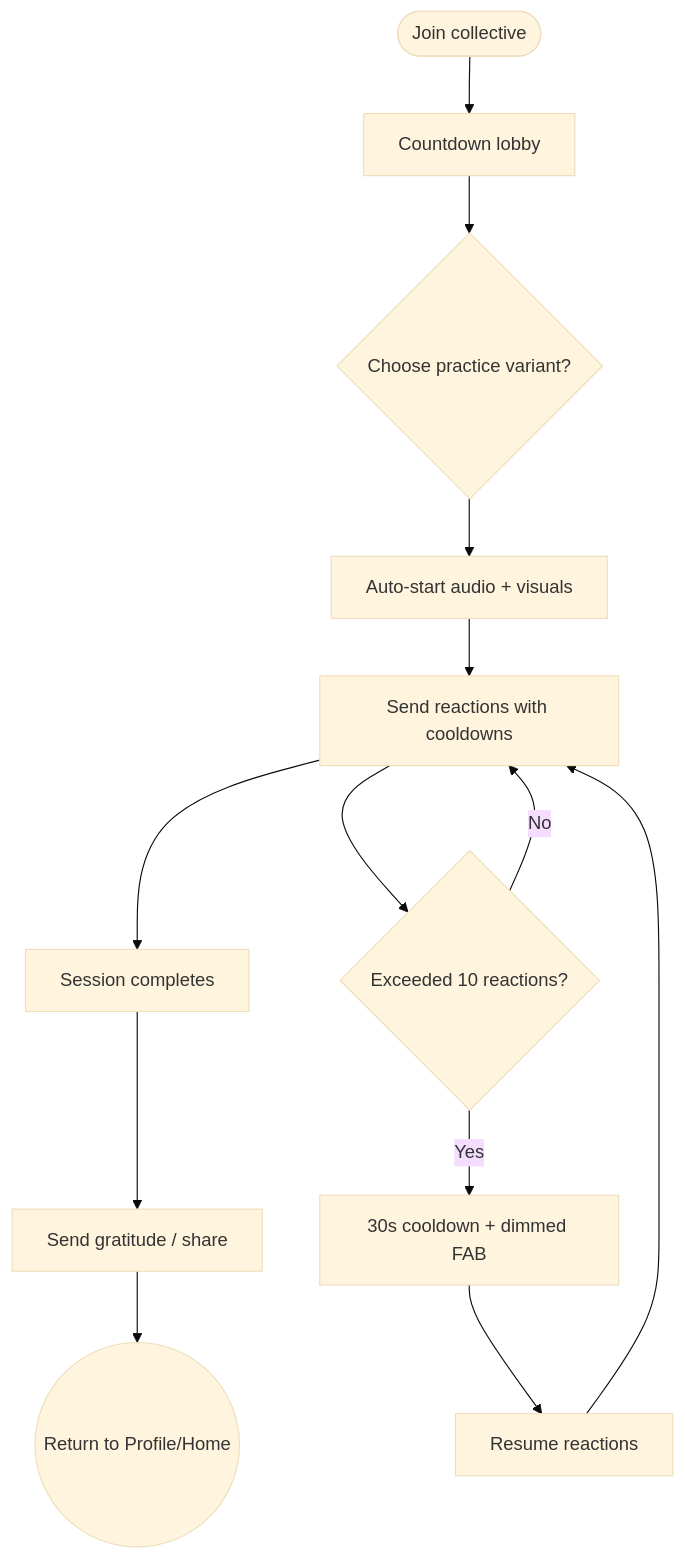
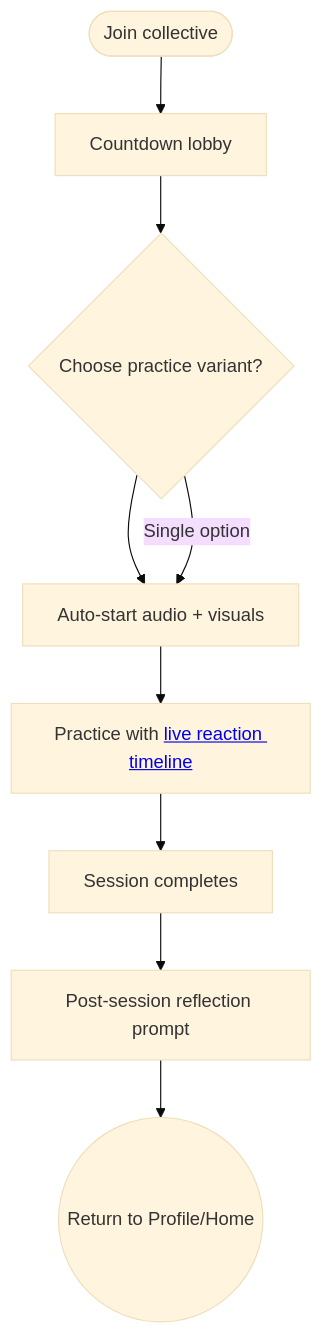
The diagram in docs/features/practice-screen-masters-v0-3.md (lyfar/awa-docs), drawn with Mermaid (base theme) before and after one commit. The commit also changed other lines of this file and 88 other files, not shown here.

````diff
--- a/docs/features/practice-screen-masters-v0-3.md
+++ b/docs/features/practice-screen-masters-v0-3.md
@@ -52,21 +53,16 @@
 ```mermaid
 %%{init: {'securityLevel': 'loose', 'flowchart': {'htmlLabels': true}}}%%
 flowchart TD
     JOIN([Join collective])
     LOBBY[Countdown lobby]
     READY{Choose practice variant?}
     START[Auto-start audio + visuals]
-    REACT[Send reactions with cooldowns]
-    FLOW{Exceeded 10 reactions?}
-    REST[30s cooldown + dimmed FAB]
-    CONTINUE[Resume reactions]
-    CLOSE[Session completes]
-    THANK[Send gratitude / share]
+    EXPERIENCE["Practice with <a href='./reactions-masters-v0-3'>live reaction timeline</a>"]
+    COMPLETE[Session completes]
+    REFLECT[Post-session reflection prompt]
     EXIT((Return to Profile/Home))
-    JOIN --> LOBBY --> READY --> START --> REACT --> CLOSE --> THANK --> EXIT
-    REACT --> FLOW -->|Yes| REST --> CONTINUE --> REACT
-    FLOW -->|No| REACT
+    JOIN --> LOBBY --> READY --> START --> EXPERIENCE --> COMPLETE --> REFLECT --> EXIT
+    READY -->|Single option| START
     click READY "./practices-list-v0-3" "Variants chosen from catalogue"
-    click REACT "./reactions-masters-v0-3" "Reaction system spec"
-    click THANK "./practice-history-reactions-v0-3" "Gratitude logged in history"
+    click REFLECT "./practice-history-reactions-v0-3" "Reflection logged in history"
 ```
````
